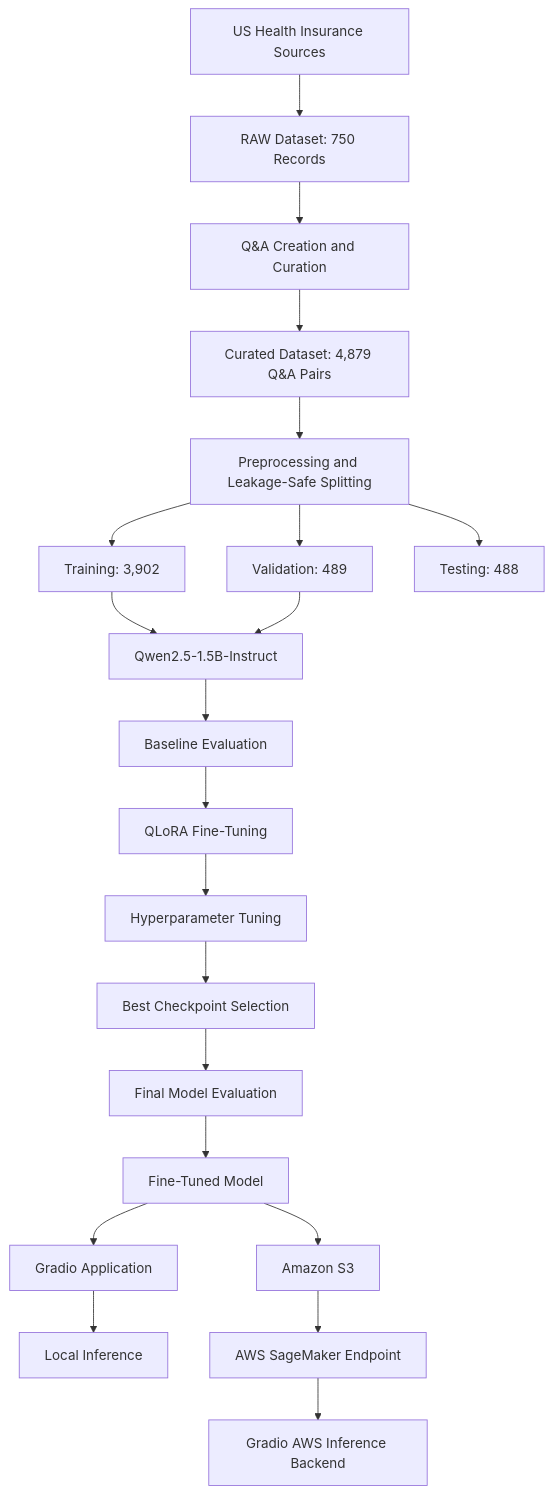
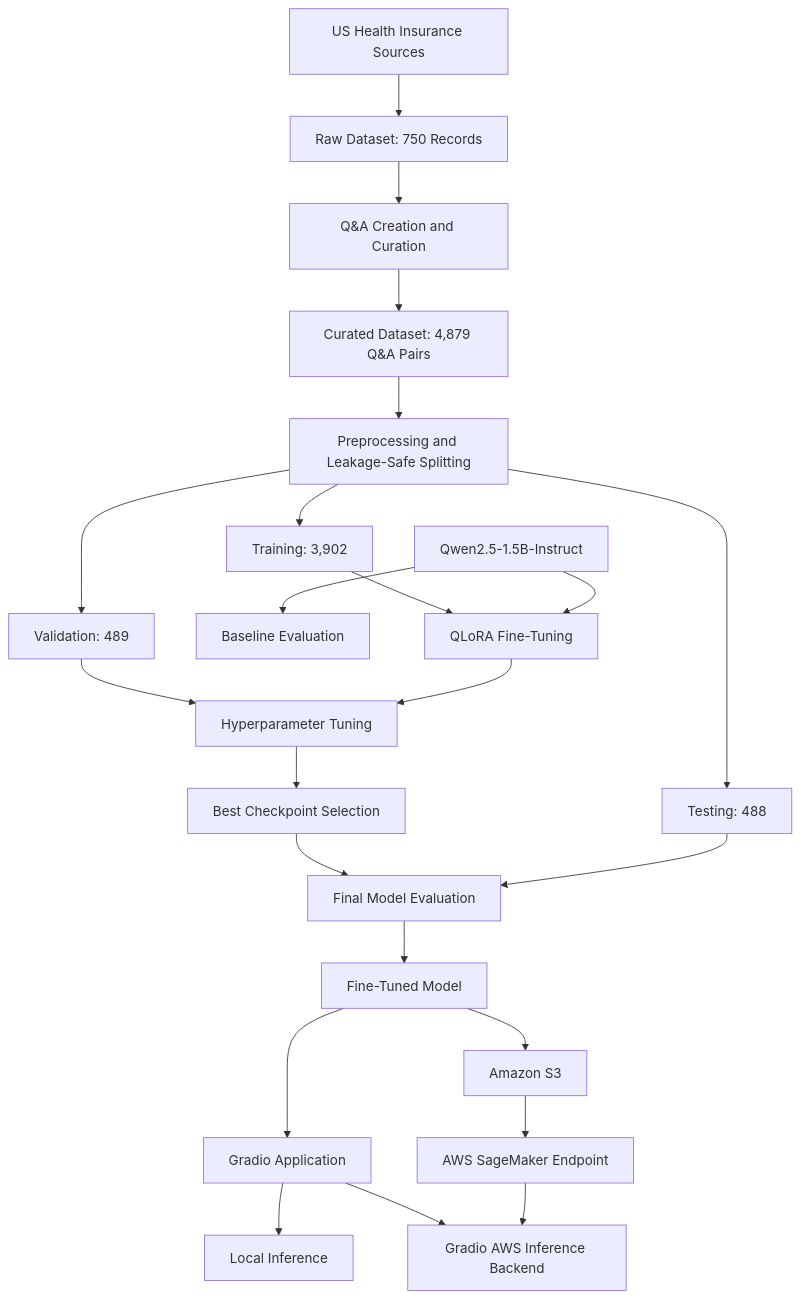
Before and after one commit to Rajithvarada/US-Health-Insurance-AI-Assistant: the diagram in architecture.md, drawn with Mermaid.

Commit message:
Improve project architecture diagram

````diff
--- a/architecture.md
+++ b/architecture.md
@@ -1,23 +1,28 @@
 ```mermaid
 flowchart TD
-    A["US Health Insurance Sources"] --> B["RAW Dataset: 750 Records"]
-    B --> C["Q&A Creation and Curation"]
-    C --> D["Curated Dataset: 4,879 Q&A Pairs"]
-    D --> E["Preprocessing and Leakage-Safe Splitting"]
-    E --> F["Training: 3,902"]
-    E --> G["Validation: 489"]
-    E --> H["Testing: 488"]
-    F --> I["Qwen2.5-1.5B-Instruct"]
-    G --> I
-    I --> J["Baseline Evaluation"]
-    J --> K["QLoRA Fine-Tuning"]
-    K --> L["Hyperparameter Tuning"]
-    L --> M["Best Checkpoint Selection"]
-    M --> N["Final Model Evaluation"]
-    N --> O["Fine-Tuned Model"]
-    O --> P["Gradio Application"]
-    P --> Q["Local Inference"]
-    O --> R["Amazon S3"]
-    R --> S["AWS SageMaker Endpoint"]
-    S --> T["Gradio AWS Inference Backend"]
+    A[US Health Insurance Sources] --> B[Raw Dataset: 750 Records]
+    B --> C[Q&A Creation and Curation]
+    C --> D[Curated Dataset: 4,879 Q&A Pairs]
+    D --> E[Preprocessing and Leakage-Safe Splitting]
+
+    E --> F[Training: 3,902]
+    E --> G[Validation: 489]
+    E --> H[Testing: 488]
+
+    I[Qwen2.5-1.5B-Instruct] --> J[Baseline Evaluation]
+    F --> K[QLoRA Fine-Tuning]
+    I --> K
+    G --> L[Hyperparameter Tuning]
+    K --> L
+    L --> M[Best Checkpoint Selection]
+    M --> N[Final Model Evaluation]
+    H --> N
+    N --> O[Fine-Tuned Model]
+
+    O --> P[Gradio Application]
+    P --> Q[Local Inference]
+    P --> R[Gradio AWS Inference Backend]
+    S --> T[AWS SageMaker Endpoint]
+    T --> R
+    O --> S[Amazon S3]
 ```
````
